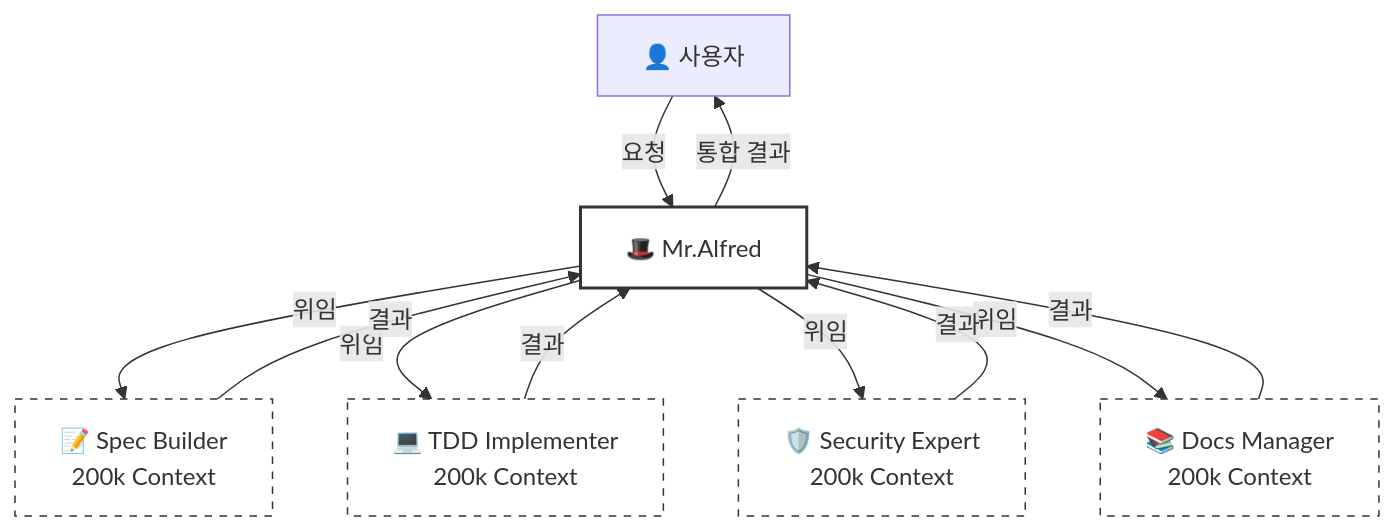
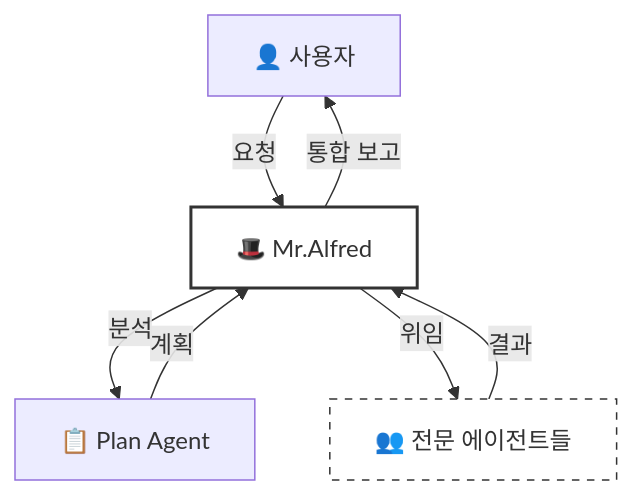
The first of 7 diagrams in README.ko.md (modu-ai/moai-adk), drawn with Mermaid before and after one commit. The commit also changed other lines of this file and 2 other files, not shown here.

First line of the commit message:
docs(sync): Complete SPEC-SKILL-PORTFOLIO-OPT-001 documentation synchronization

````diff
--- a/README.ko.md
+++ b/README.ko.md
@@ -85,21 +175,12 @@
 ```mermaid
 flowchart TD
     User[👤 사용자] -->|요청| Alfred[🎩 Mr.Alfred]
-    Alfred -->|위임| Agent1[📝 Spec Builder<br/>200k Context]
-    Alfred -->|위임| Agent2[💻 TDD Implementer<br/>200k Context]
-    Alfred -->|위임| Agent3[🛡️ Security Expert<br/>200k Context]
-    Alfred -->|위임| Agent4[📚 Docs Manager<br/>200k Context]
-
-    Agent1 -->|결과| Alfred
-    Agent2 -->|결과| Alfred
-    Agent3 -->|결과| Alfred
-    Agent4 -->|결과| Alfred
-
-    Alfred -->|통합 결과| User
+    Alfred -->|분석| Plan[📋 Plan Agent]
+    Plan -->|계획| Alfred
+    Alfred -->|위임| Agents[👥 전문 에이전트들]
+    Agents -->|결과| Alfred
+    Alfred -->|통합 보고| User
 
     style Alfred fill:#fff,stroke:#333,stroke-width:2px
-    style Agent1 fill:#fff,stroke:#333,stroke-width:1px,stroke-dasharray: 5 5
-    style Agent2 fill:#fff,stroke:#333,stroke-width:1px,stroke-dasharray: 5 5
-    style Agent3 fill:#fff,stroke:#333,stroke-width:1px,stroke-dasharray: 5 5
-    style Agent4 fill:#fff,stroke:#333,stroke-width:1px,stroke-dasharray: 5 5
+    style Agents fill:#fff,stroke:#333,stroke-width:1px,stroke-dasharray: 5 5
 ```
````
